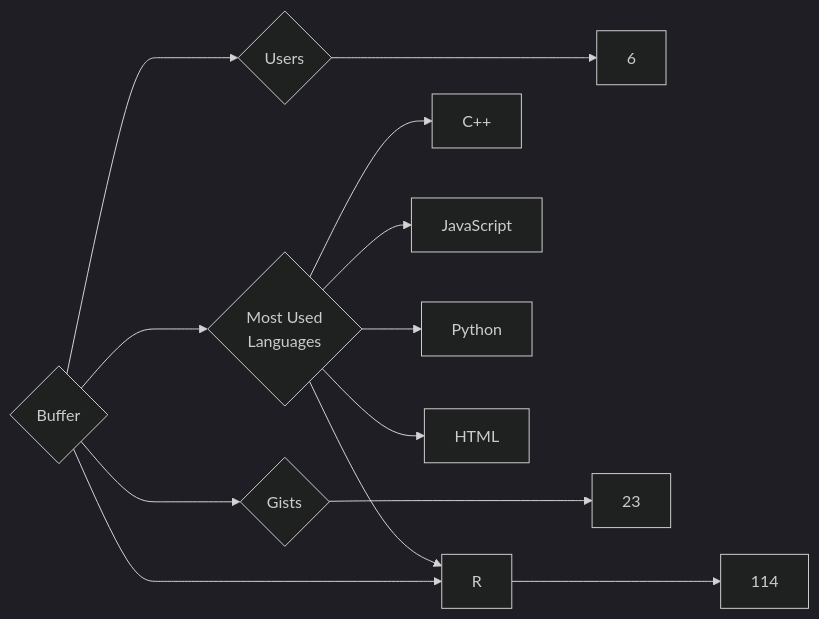
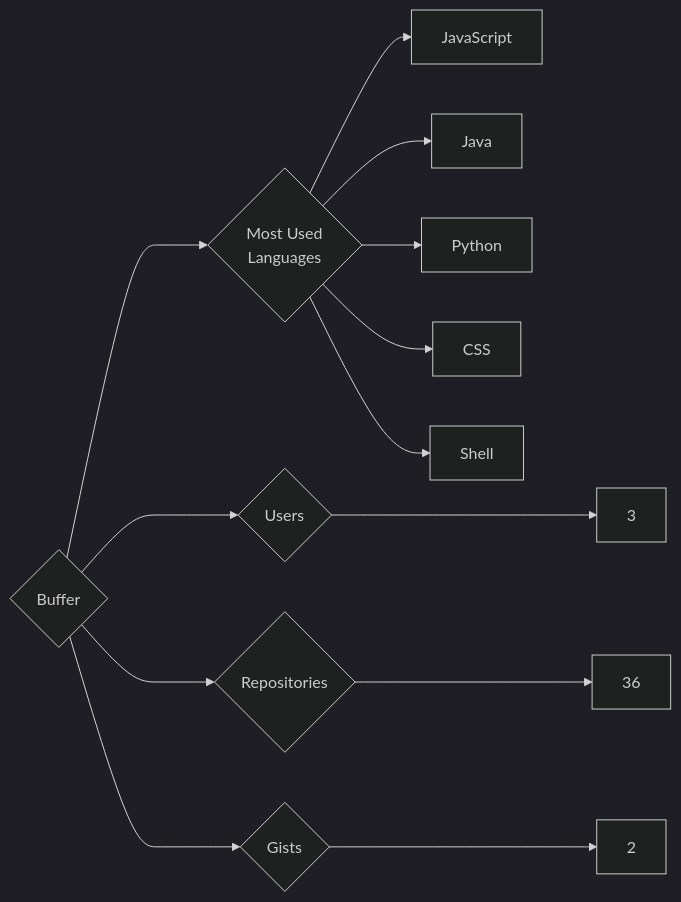
One commit to trickest/insiders changed the diagram in targets/Buffer/README.md. Above: the diagram before and after it, drawn with Mermaid (dark theme). The commit also changed 900 other files, not shown here.

````diff
--- a/targets/Buffer/README.md
+++ b/targets/Buffer/README.md
@@ -3,13 +3,13 @@
 ```mermaid
 graph LR
 COMPANY_NAME{Buffer}
-COMPANY_NAME ---> U{Users} ---> UN[6]
-COMPANY_NAME ---> R{Repositories} ---> RN[114]
-COMPANY_NAME ---> G{Gists} ---> GN[23]
+COMPANY_NAME ---> U{Users} ---> UN[3]
+COMPANY_NAME ---> R{Repositories} ---> RN[36]
+COMPANY_NAME ---> G{Gists} ---> GN[2]
 COMPANY_NAME ---> ML{Most Used<br>Languages}
-ML --> C++[C++]
 ML --> JavaScript[JavaScript]
-ML --> R[R]
+ML --> Java[Java]
 ML --> Python[Python]
-ML --> HTML[HTML]
+ML --> CSS[CSS]
+ML --> Shell[Shell]
 ```
````
